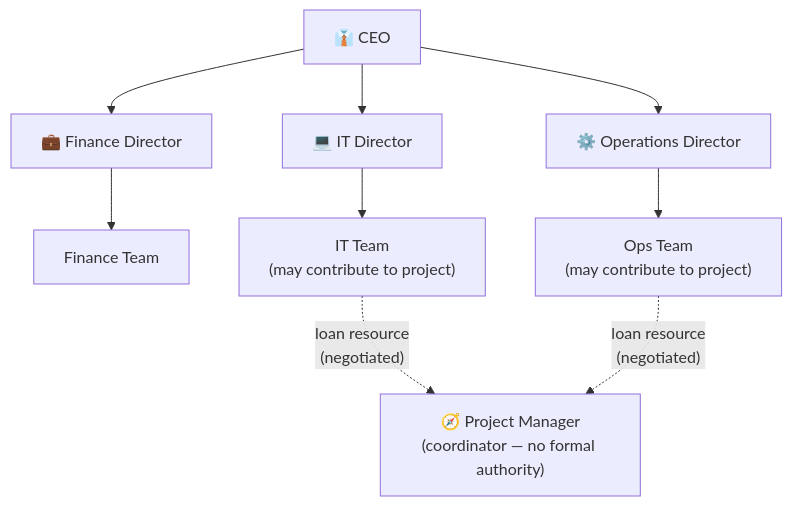
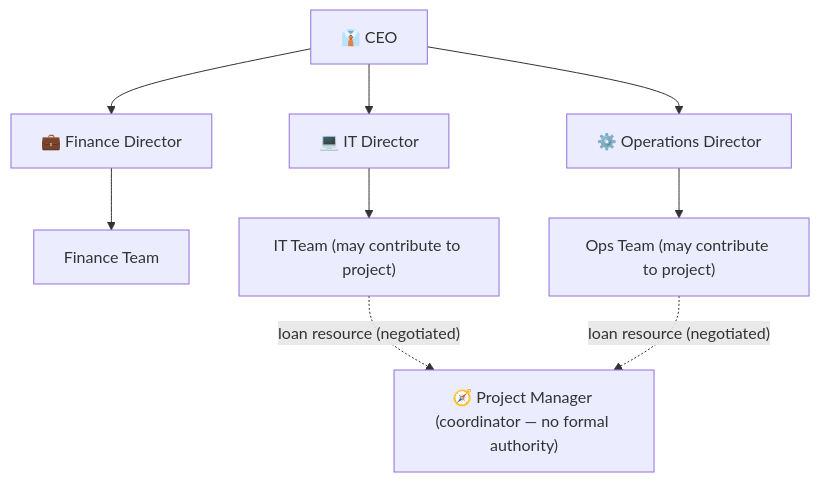
The second of 3 diagrams in modules/02-governance.md (UncleJS/course_projectManagement), drawn with Mermaid before and after one commit. The commit also changed other lines of this file and 16 other files, not shown here.

Commit message:
Fix Mermaid rendering: remove literal \n from all diagram labels; quote unquoted & in flowchart nodes

````diff
--- a/modules/02-governance.md
+++ b/modules/02-governance.md
@@ -118,17 +118,17 @@
 ```mermaid
 flowchart TD
     CEO["👔 CEO"]
     FD["💼 Finance Director"]
     IT["💻 IT Director"]
     OD["⚙️ Operations Director"]
     FT["Finance Team"]
-    ITT["IT Team\n(may contribute to project)"]
-    OT["Ops Team\n(may contribute to project)"]
-    PM2["🧭 Project Manager\n(coordinator — no formal authority)"]
+    ITT["IT Team (may contribute to project)"]
+    OT["Ops Team (may contribute to project)"]
+    PM2["🧭 Project Manager (coordinator — no formal authority)"]
     CEO --> FD & IT & OD
     FD --> FT
     IT --> ITT
     OD --> OT
-    ITT -.->|"loan resource\n(negotiated)"| PM2
-    OT -.->|"loan resource\n(negotiated)"| PM2
+    ITT -.->|"loan resource (negotiated)"| PM2
+    OT -.->|"loan resource (negotiated)"| PM2
 ```
````
